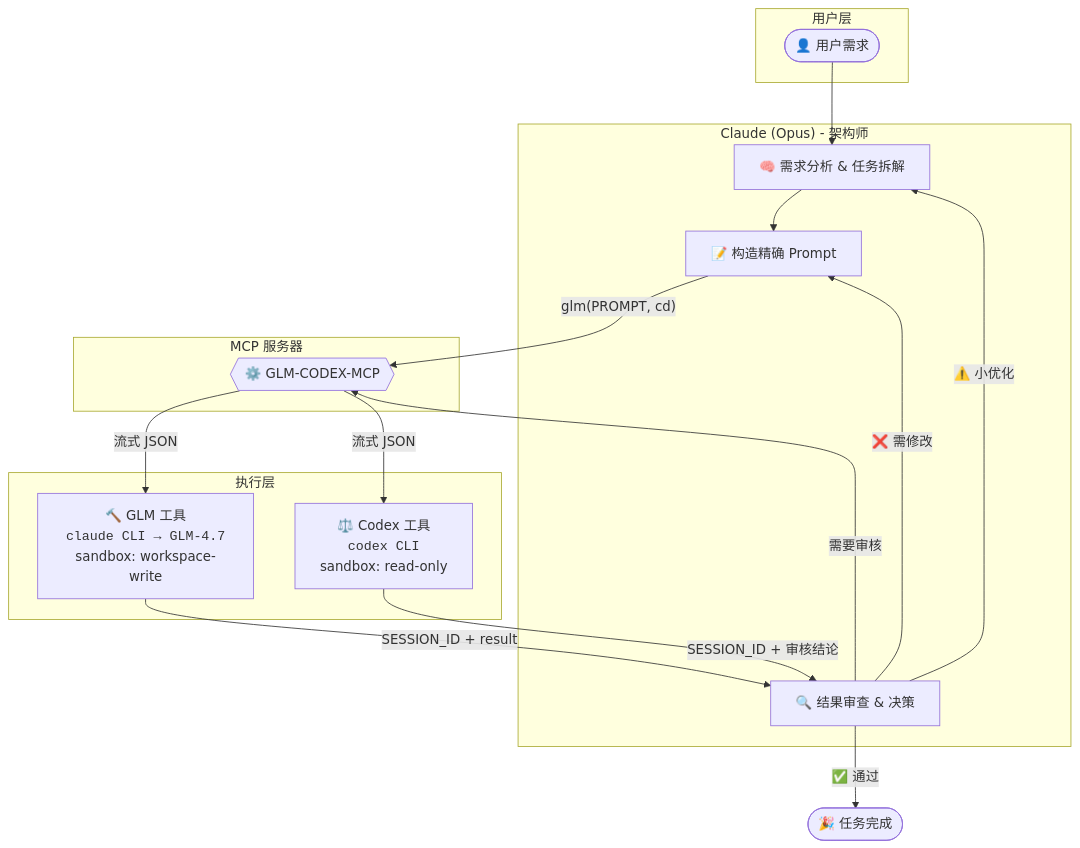
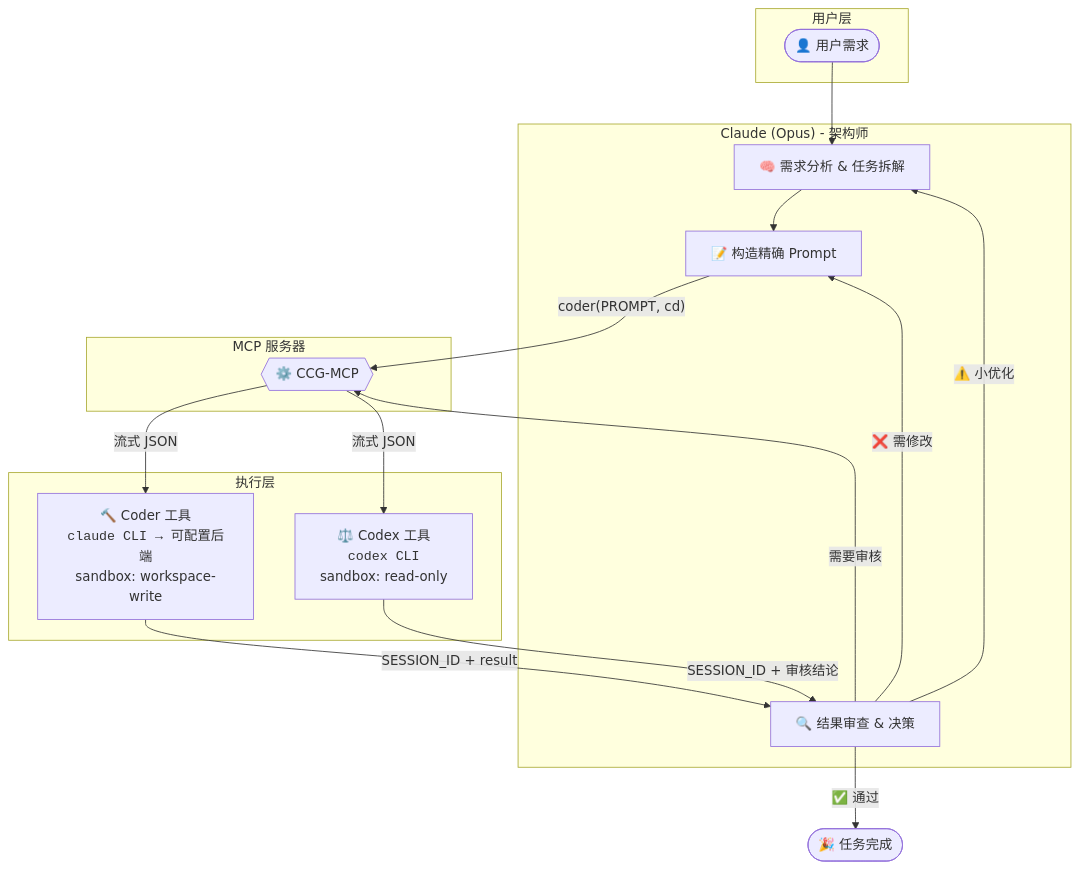
One commit to FredericMN/Coder-Codex-Gemini changed the diagram in README.md. Above: the diagram before and after it, drawn with Mermaid. The commit also changed other lines of this file and 21 other files, not shown here.

First line of the commit message:
refactor: 重命名项目为 Coder-Codex-Gemini (CCG)

````diff
--- a/README.md
+++ b/README.md
@@ -49,35 +49,35 @@
 ```mermaid
 flowchart TB
     subgraph UserLayer ["用户层"]
         User(["👤 用户需求"])
     end
 
     subgraph ClaudeLayer ["Claude (Opus) - 架构师"]
         Claude["🧠 需求分析 & 任务拆解"]
         Prompt["📝 构造精确 Prompt"]
         Review["🔍 结果审查 & 决策"]
     end
 
     subgraph MCPLayer ["MCP 服务器"]
-        MCP{{"⚙️ GLM-CODEX-MCP"}}
+        MCP{{"⚙️ CCG-MCP"}}
     end
 
     subgraph ToolLayer ["执行层"]
-        GLM["🔨 GLM 工具<br><code>claude CLI → GLM-4.7</code><br>sandbox: workspace-write"]
+        Coder["🔨 Coder 工具<br><code>claude CLI → 可配置后端</code><br>sandbox: workspace-write"]
         Codex["⚖️ Codex 工具<br><code>codex CLI</code><br>sandbox: read-only"]
     end
 
     User --> Claude
     Claude --> Prompt
-    Prompt -->|"glm(PROMPT, cd)"| MCP
-    MCP -->|"流式 JSON"| GLM
-    GLM -->|"SESSION_ID + result"| Review
+    Prompt -->|"coder(PROMPT, cd)"| MCP
+    MCP -->|"流式 JSON"| Coder
+    Coder -->|"SESSION_ID + result"| Review
 
     Review -->|"需要审核"| MCP
     MCP -->|"流式 JSON"| Codex
     Codex -->|"SESSION_ID + 审核结论"| Review
 
     Review -->|"✅ 通过"| Done(["🎉 任务完成"])
     Review -->|"❌ 需修改"| Prompt
     Review -->|"⚠️ 小优化"| Claude
 ```
````
